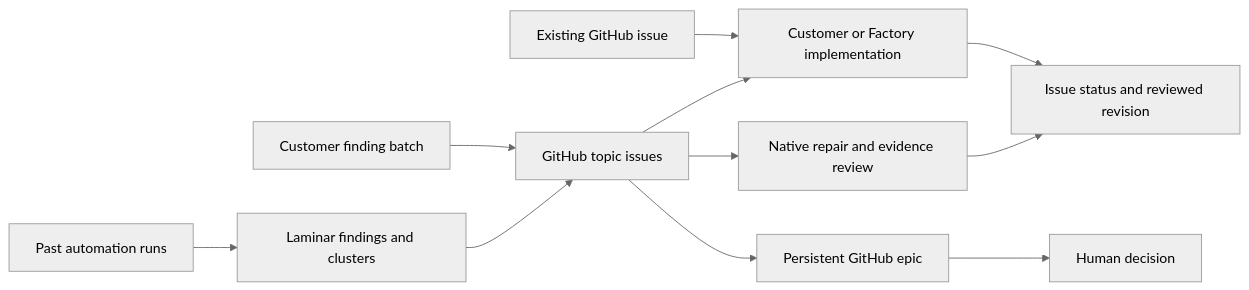
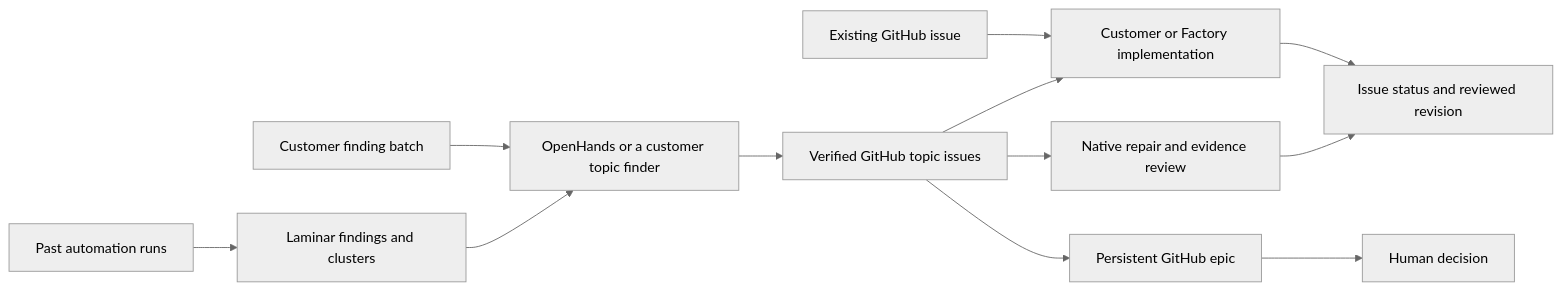
Before and after one commit to OpenHands/oss-agent-canvas: the first of 2 diagrams in automations/weekly-automation-improvement/HOW_IT_WORKS.md, drawn with Mermaid (neutral theme). The commit also changed other lines of this file and 19 other files, not shown here.

Commit message:
Allow customer topic finders to rank either evidence source

````diff
--- a/automations/weekly-automation-improvement/HOW_IT_WORKS.md
+++ b/automations/weekly-automation-improvement/HOW_IT_WORKS.md
@@ -11,13 +11,14 @@
 ```mermaid
 flowchart LR
     runs["Past automation runs"] --> findings["Laminar findings and clusters"]
-    findings --> issues["GitHub topic issues"]
-    batch["Customer finding batch"] --> issues
+    findings --> rank["OpenHands or a customer topic finder"]
+    batch["Customer finding batch"] --> rank
+    rank --> issues["Verified GitHub topic issues"]
     issues --> native["Native repair and evidence review"]
     issues --> external["Customer or Factory implementation"]
     filed["Existing GitHub issue"] --> external
     native --> status["Issue status and reviewed revision"]
     external --> status
     issues --> epic["Persistent GitHub epic"]
     epic --> human["Human decision"]
 ```
````
